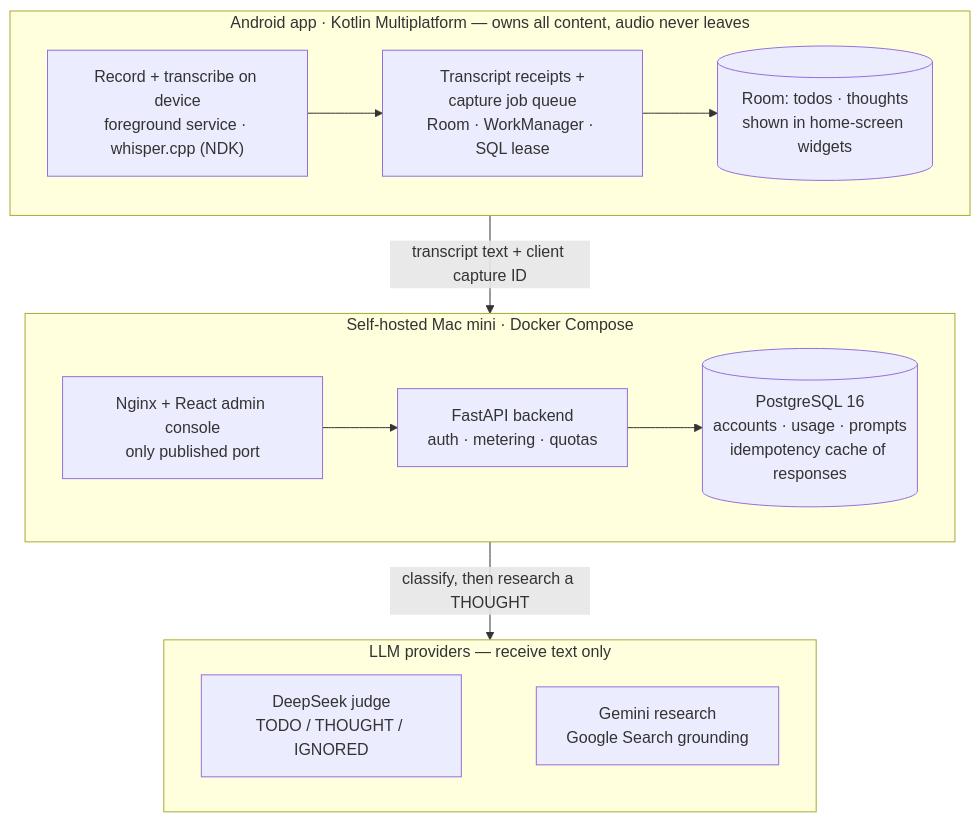
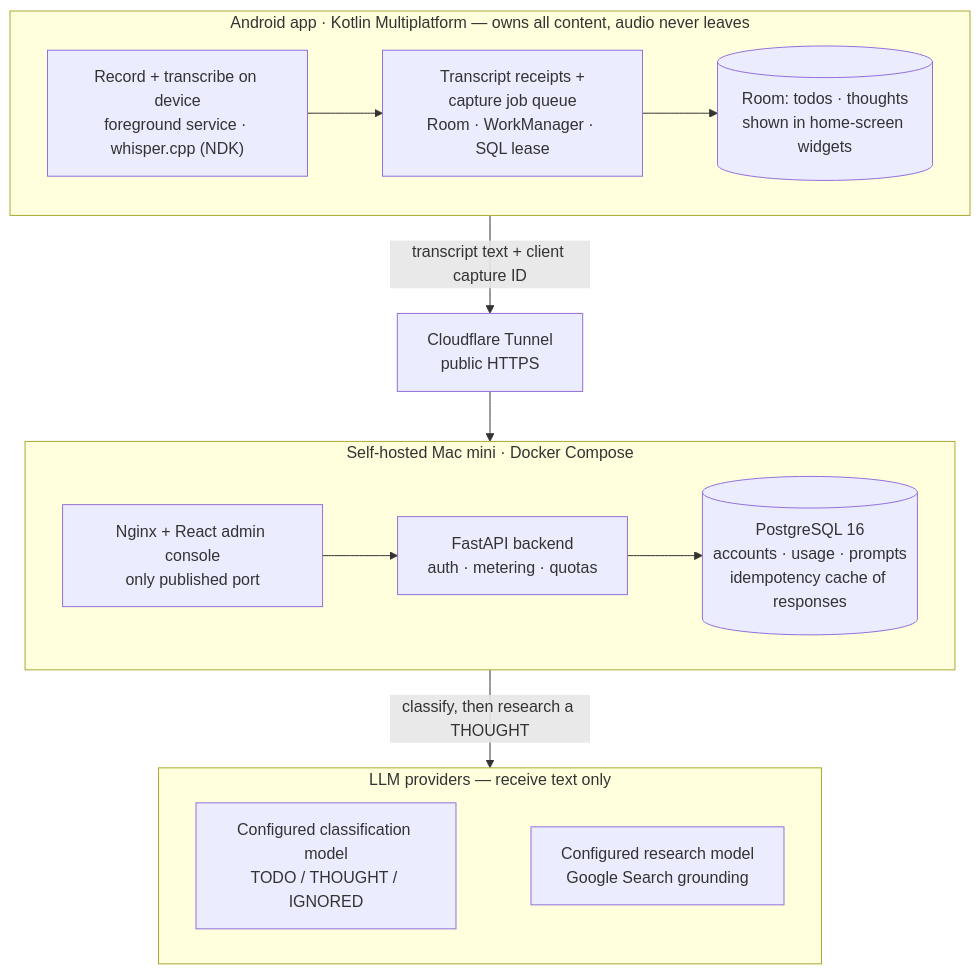
Before and after one commit to YigeWang1221/personal_portfolio: the diagram in content/projects/kk-knock/assets/architecture.mmd, drawn with Mermaid. The commit also changed 49 other files, not shown here.

```diff
--- a/content/projects/kk-knock/assets/architecture.mmd
+++ b/content/projects/kk-knock/assets/architecture.mmd
@@ -1,17 +1,18 @@
-%% CURRENT — KK Knock as documented in September 2026: the Android app and the self-hosted backend.
-%% A Cloudflare Tunnel in front of the host is configured but its public acceptance is pending, so it is not drawn.
+%% CURRENT — Android publicly released; Mac mini / Cloudflare deployment owner-confirmed October 2026.
 flowchart TB
   subgraph Phone["Android app · Kotlin Multiplatform — owns all content, audio never leaves"]
     direction LR
     REC["Record + transcribe on device<br/>foreground service · whisper.cpp (NDK)"] --> QUEUE["Transcript receipts +<br/>capture job queue<br/>Room · WorkManager · SQL lease"] --> STORE[("Room: todos · thoughts<br/>shown in home-screen widgets")]
   end
   subgraph Host["Self-hosted Mac mini · Docker Compose"]
     direction LR
     EDGE["Nginx + React admin console<br/>only published port"] --> API["FastAPI backend<br/>auth · metering · quotas"] --> PG[("PostgreSQL 16<br/>accounts · usage · prompts<br/>idempotency cache of responses")]
   end
   subgraph LLM["LLM providers — receive text only"]
     direction LR
-    JUDGE["DeepSeek judge<br/>TODO / THOUGHT / IGNORED"] ~~~ GEM["Gemini research<br/>Google Search grounding"]
+    JUDGE["Configured classification model<br/>TODO / THOUGHT / IGNORED"] ~~~ GEM["Configured research model<br/>Google Search grounding"]
   end
-  Phone -- "transcript text + client capture ID" --> Host
+  TUNNEL["Cloudflare Tunnel<br/>public HTTPS"]
+  Phone -- "transcript text + client capture ID" --> TUNNEL
+  TUNNEL --> EDGE
   Host -- "classify, then research a THOUGHT" --> LLM
```
